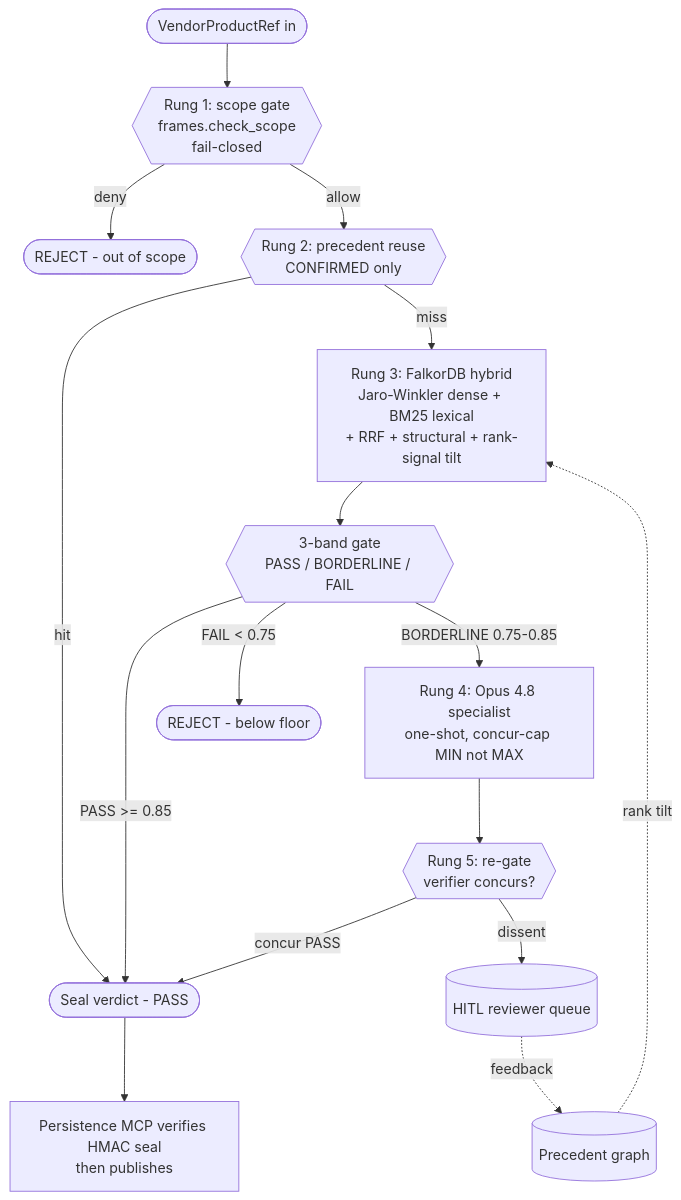
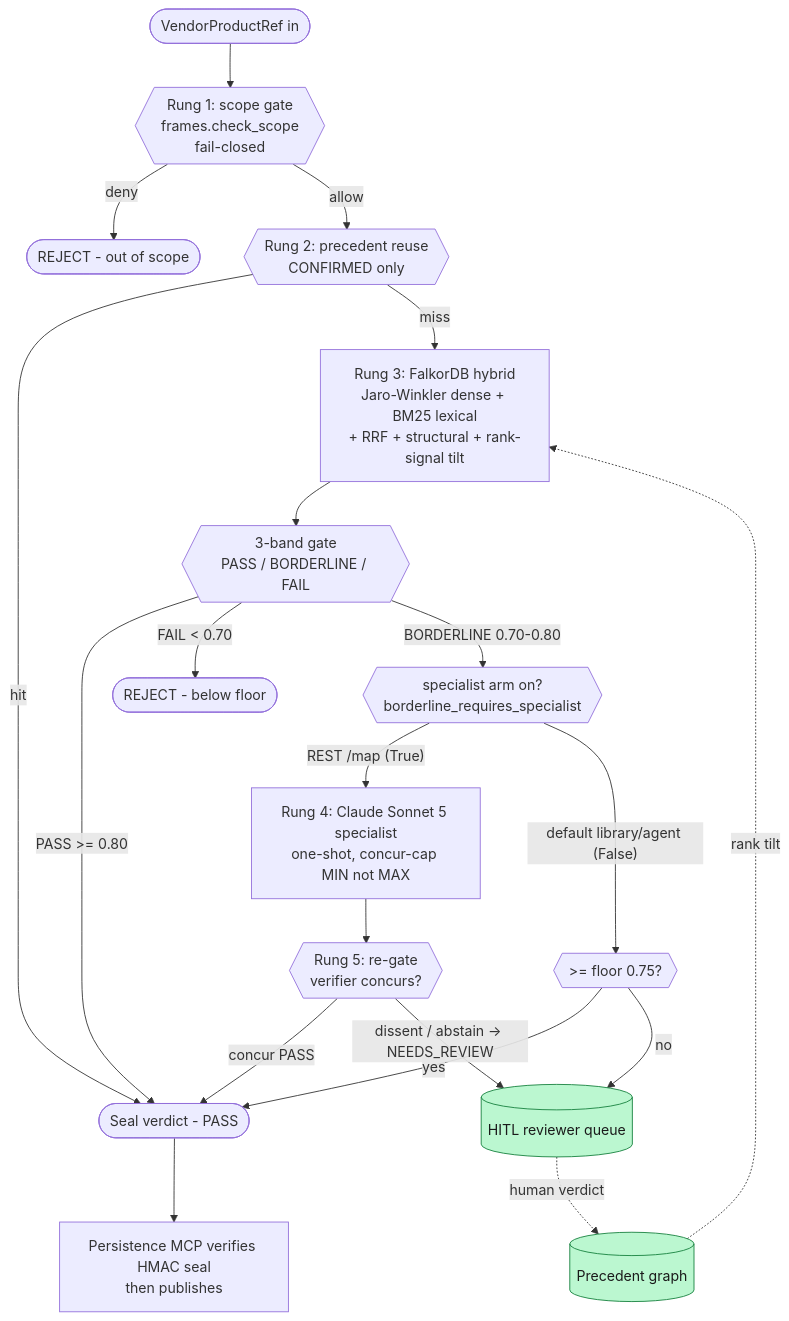
The second of 5 diagrams in docs/okf/scudo/architecture/overview.md (2096955/MatchMaker), drawn with Mermaid before and after one commit. The commit also changed other lines of this file and 44 other files, not shown here.

First line of the commit message:
docs(scudo): move default Bedrock model to Claude Sonnet 5, resync OKF bundle

````diff
--- a/docs/okf/scudo/architecture/overview.md
+++ b/docs/okf/scudo/architecture/overview.md
@@ -91,18 +222,25 @@
 ```mermaid
 flowchart TD
     start([VendorProductRef in]) --> r1{{Rung 1: scope gate<br/>frames.check_scope<br/>fail-closed}}
     r1 -->|deny| fail_scope([REJECT - out of scope])
     r1 -->|allow| r2{{Rung 2: precedent reuse<br/>CONFIRMED only}}
     r2 -->|hit| seal([Seal verdict - PASS])
     r2 -->|miss| r3[Rung 3: FalkorDB hybrid<br/>Jaro-Winkler dense + BM25 lexical<br/>+ RRF + structural + rank-signal tilt]
     r3 --> band{{3-band gate<br/>PASS / BORDERLINE / FAIL}}
-    band -->|PASS >= 0.85| seal
-    band -->|FAIL < 0.75| fail_low([REJECT - below floor])
-    band -->|BORDERLINE 0.75-0.85| r4[Rung 4: Opus 4.8 specialist<br/>one-shot, concur-cap MIN not MAX]
+    band -->|PASS >= 0.80| seal
+    band -->|FAIL < 0.70| fail_low([REJECT - below floor])
+    band -->|BORDERLINE 0.70-0.80| arm{{specialist arm on?<br/>borderline_requires_specialist}}
+    arm -->|"REST /map (True)"| r4[Rung 4: Claude Sonnet 5 specialist<br/>one-shot, concur-cap MIN not MAX]
+    arm -->|"default library/agent (False)"| floorgate{{>= floor 0.75?}}
+    floorgate -->|yes| seal
+    floorgate -->|no| queue
     r4 --> r5{{Rung 5: re-gate<br/>verifier concurs?}}
     r5 -->|concur PASS| seal
-    r5 -->|dissent| queue[(HITL reviewer queue)]
+    r5 -->|dissent / abstain → NEEDS_REVIEW| queue[(HITL reviewer queue)]
     seal --> persist[Persistence MCP verifies HMAC seal<br/>then publishes]
-    queue -.feedback.-> precedent[(Precedent graph)]
+    queue -.human verdict.-> precedent[(Precedent graph)]
     precedent -.rank tilt.-> r3
+
+    classDef hitl fill:#bbf7d0,stroke:#15803d,color:#1a1a1a
+    class queue,precedent hitl
 ```
````
